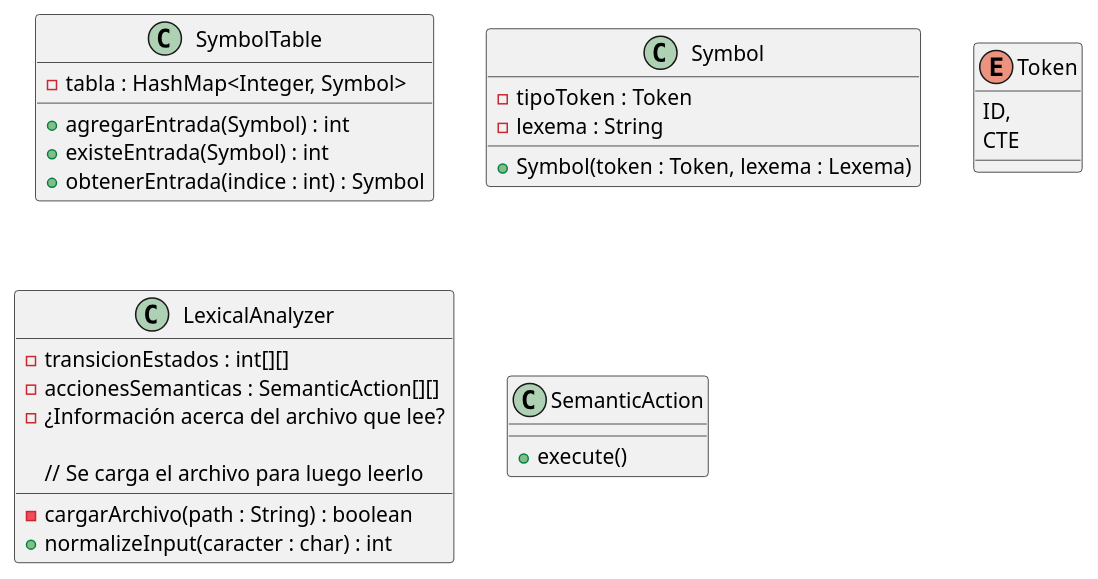
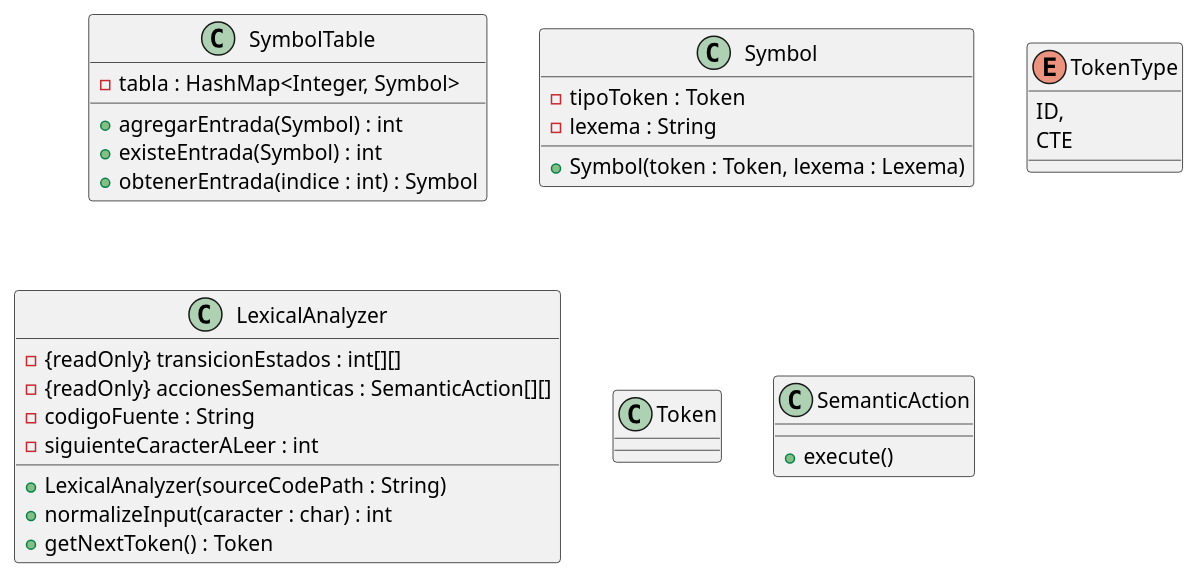
Before and after one commit to iroumec/RouVel-Compiler: the diagram in program/classDiagram.puml, drawn with PlantUML. The commit also changed 4 other files, not shown here.

```diff
--- a/program/classDiagram.puml
+++ b/program/classDiagram.puml
@@ -1,41 +1,45 @@
 @startuml classDiagram
 
 class SymbolTable {
 
     - tabla : HashMap<Integer, Symbol>
     + agregarEntrada(Symbol) : int
     + existeEntrada(Symbol) : int
     + obtenerEntrada(indice : int) : Symbol 
 }
 
 class Symbol {
 
     - tipoToken : Token
     - lexema : String
 
     + Symbol(token : Token, lexema : Lexema)
 }
 
-enum Token {
+enum TokenType {
     ID,
     CTE
 }
 
 class LexicalAnalyzer {
 
-    - transicionEstados : int[][]
-    - accionesSemanticas : SemanticAction[][]
-    - ¿Información acerca del archivo que lee?
+    - {readOnly} transicionEstados : int[][]
+    - {readOnly} accionesSemanticas : SemanticAction[][]
+    - codigoFuente : String
+    - siguienteCaracterALeer : int
 
-    - cargarArchivo(path : String) : boolean
-    // Se carga el archivo para luego leerlo
+    + LexicalAnalyzer(sourceCodePath : String)
+    + normalizeInput(caracter : char) : int
+    + getNextToken() : Token
+}
 
-    + normalizeInput(caracter : char) : int
+class Token {
+
 }
 
 class SemanticAction {
 
     + execute()
 }
 
 @enduml
```
